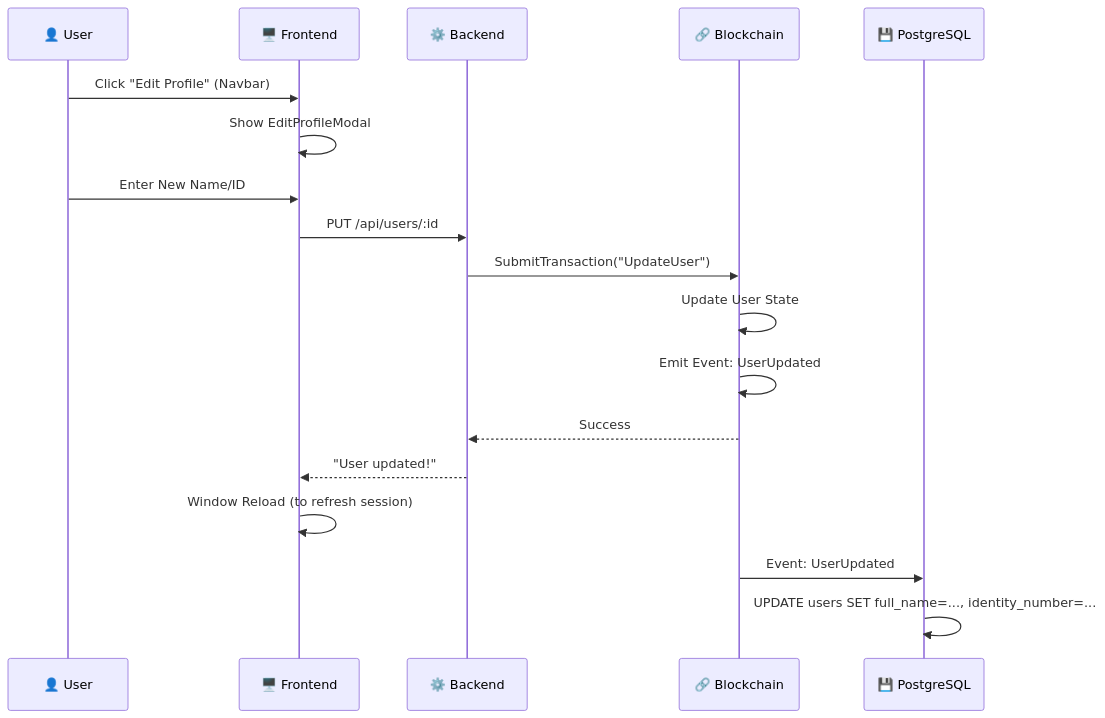
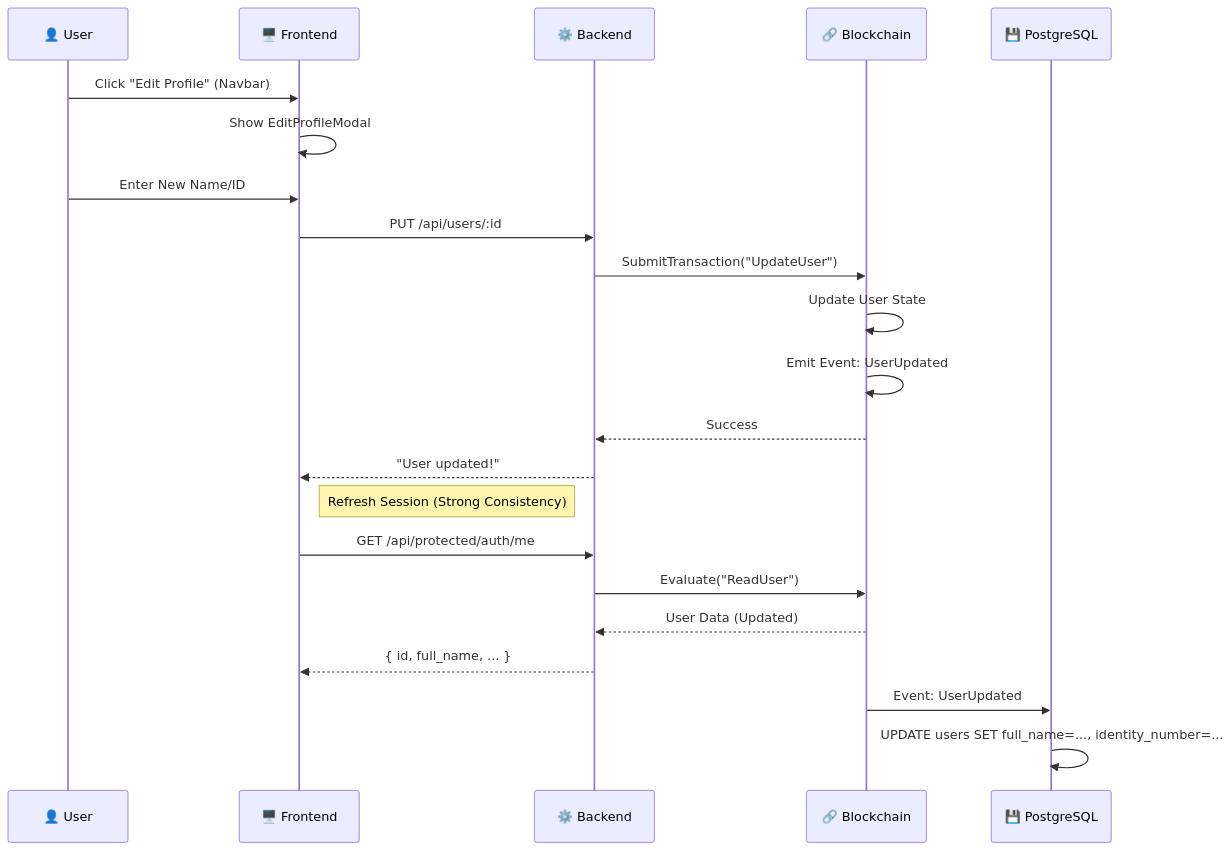
Before and after one commit to kelotduongvidainhat/ams: the ninth of 9 diagrams in docs/FLOW.md, drawn with Mermaid.

Commit message:
docs: refine user update flow diagram

````diff
--- a/docs/FLOW.md
+++ b/docs/FLOW.md
@@ -277,22 +277,27 @@
 ```mermaid
 sequenceDiagram
     participant User as 👤 User
     participant Frontend as 🖥️ Frontend
     participant Backend as ⚙️ Backend
     participant Fabric as 🔗 Blockchain
     participant DB as 💾 PostgreSQL
 
     User->>Frontend: Click "Edit Profile" (Navbar)
     Frontend->>Frontend: Show EditProfileModal
     User->>Frontend: Enter New Name/ID
     Frontend->>Backend: PUT /api/users/:id
     Backend->>Fabric: SubmitTransaction("UpdateUser")
     Fabric->>Fabric: Update User State
     Fabric->>Fabric: Emit Event: UserUpdated
     Fabric-->>Backend: Success
     Backend-->>Frontend: "User updated!"
-    Frontend->>Frontend: Window Reload (to refresh session)
+    
+    Note right of Frontend: Refresh Session (Strong Consistency)
+    Frontend->>Backend: GET /api/protected/auth/me
+    Backend->>Fabric: Evaluate("ReadUser") 
+    Fabric-->>Backend: User Data (Updated)
+    Backend-->>Frontend: { id, full_name, ... }
 
     Fabric->>DB: Event: UserUpdated
     DB->>DB: UPDATE users SET full_name=..., identity_number=...
 ```
````
